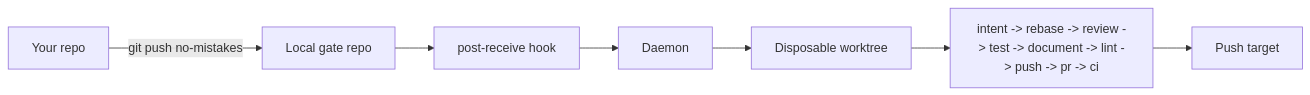
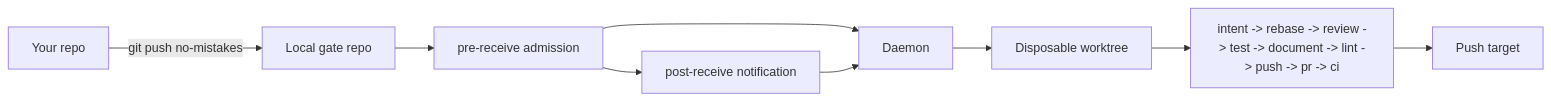
Before and after one commit to henrylaih41/no-mistakes: the diagram in docs/src/content/docs/start-here/introduction.md, drawn with Mermaid. The commit also changed other lines of this file and 631 other files, not shown here.

````diff
--- a/docs/src/content/docs/start-here/introduction.md
+++ b/docs/src/content/docs/start-here/introduction.md
@@ -48,9 +48,11 @@
 ```mermaid
 flowchart LR
   repo["Your repo"] -->|"git push no-mistakes"| gate["Local gate repo"]
-  gate --> hook["post-receive hook"]
-  hook --> daemon["Daemon"]
+  gate --> admission["pre-receive admission"]
+  admission --> hook["post-receive notification"]
+  admission --> daemon["Daemon"]
+  hook --> daemon
   daemon --> worktree["Disposable worktree"]
   worktree --> pipeline["intent -> rebase -> review -> test -> document -> lint -> push -> pr -> ci"]
   pipeline --> target["Push target"]
 ```
````
